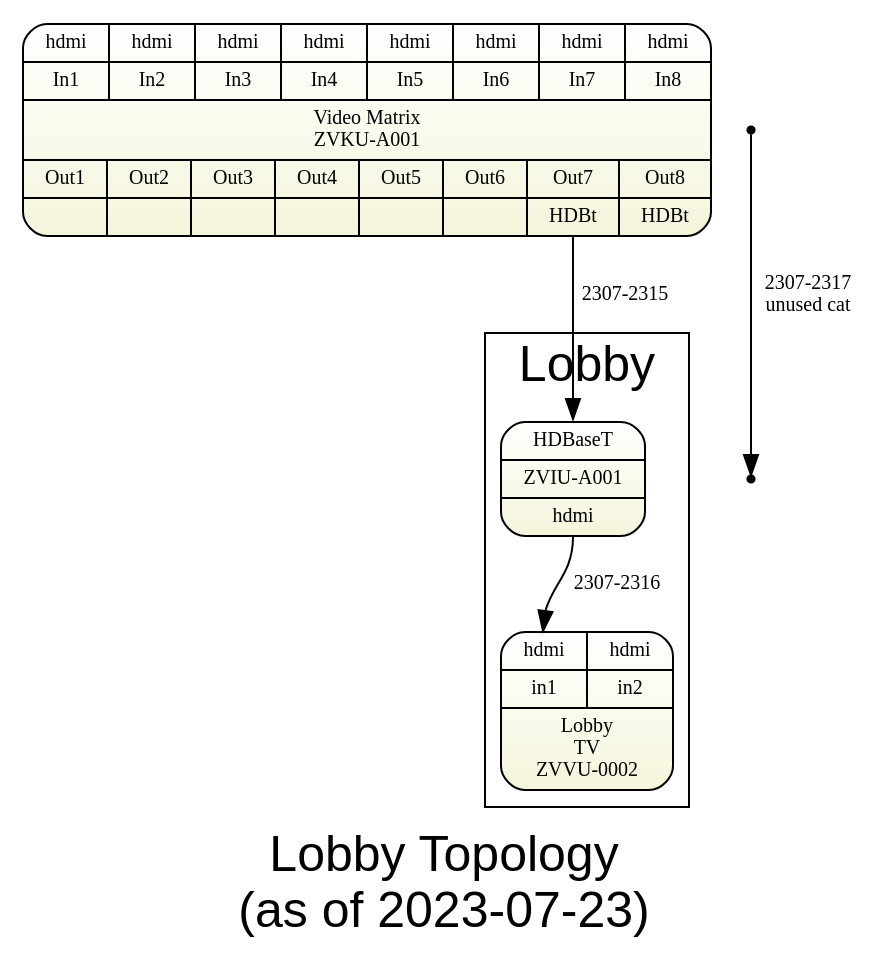
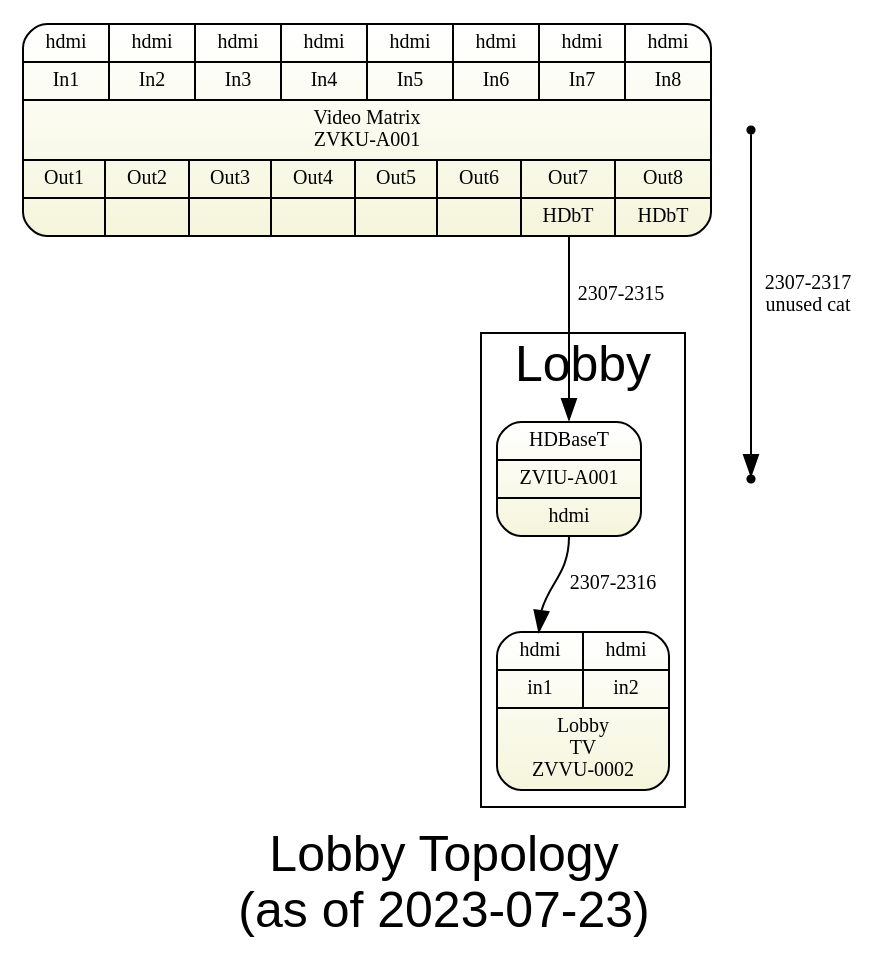
One commit to avmaint/uactechdoc changed the diagram in sdv-topology3-lobby.gv. Above: the diagram before and after it, drawn with Graphviz. The commit also changed 2 other files, not shown here.

```diff
--- a/sdv-topology3-lobby.gv
+++ b/sdv-topology3-lobby.gv
@@ -1,30 +1,30 @@
 digraph lobby { 
 graph [overlap = true, fontsize = 25, rankdir=TB
       label="Lobby Topology\n(as of 2023-07-23)",
       fontname = Helvetica]
  
 node [shape=Mrecord, style=filled , fillcolor="white:beige" ,fontsize = 10, 
       gradientangle=270]
 pswitch [label="{
   {{<i1>hdmi|In1}|{<i2>hdmi|In2}|{<i3>hdmi|In3}|{<i4>hdmi|In4}|{<i5>hdmi|In5}|{<i6>hdmi|In6}|{<i7>hdmi|In7}|{<i8>hdmi|In8}}
   |{Video Matrix\nZVKU-A001}|
   {{Out1|<o1>}|{Out2|<o2>}|{Out3|<o3>}|{Out4|<o4>}|
-   {Out5|<o5>}|{Out6|<o6>}|{Out7|<o7>HDBt}|{Out8|<o8>HDBt}}  
+   {Out5|<o5>}|{Out6|<o6>}|{Out7|<o7>HDbT}|{Out8|<o8>HDbT}}  
   }"]
   
 node [  tooltip="" ]
 
 subgraph cluster_lobby { label="Lobby" 
   c62hdmi1   [label="{<i>HDBaseT|ZVIU-A001|<o>hdmi}", tooltip="In lobby"]
   lobbytv  [label="{ {{<i1>hdmi|in1} | {<i2>hdmi|in2}}|Lobby\nTV\nZVVU-0002}"]
 }
 
 pswitch:o7 -> c62hdmi1:i [label="2307-2315" fontsize=10  ]
 c62hdmi1:o -> lobbytv:i1 [label="2307-2316" fontsize=10  ]
 
 p1 [shape=point]
 p2 [shape=point]
 p1->p2 [label="2307-2317\nunused cat" fontsize=10]
 
 
 }
```
